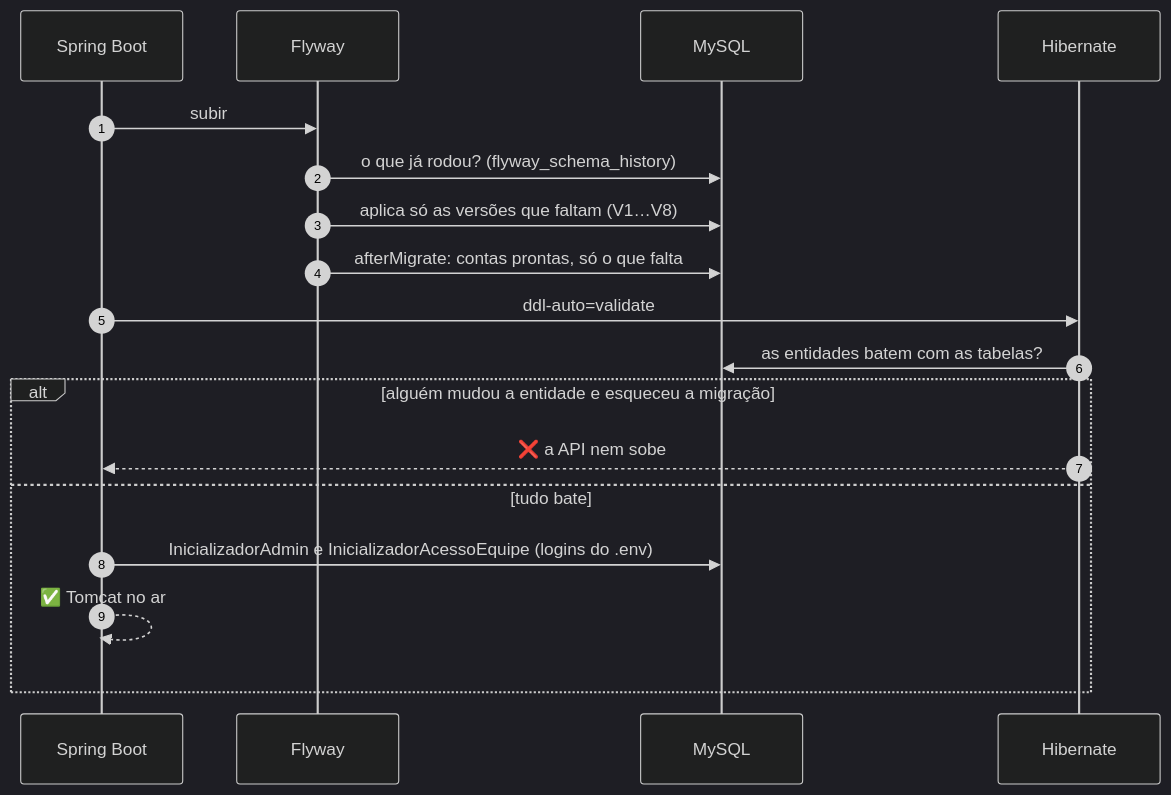
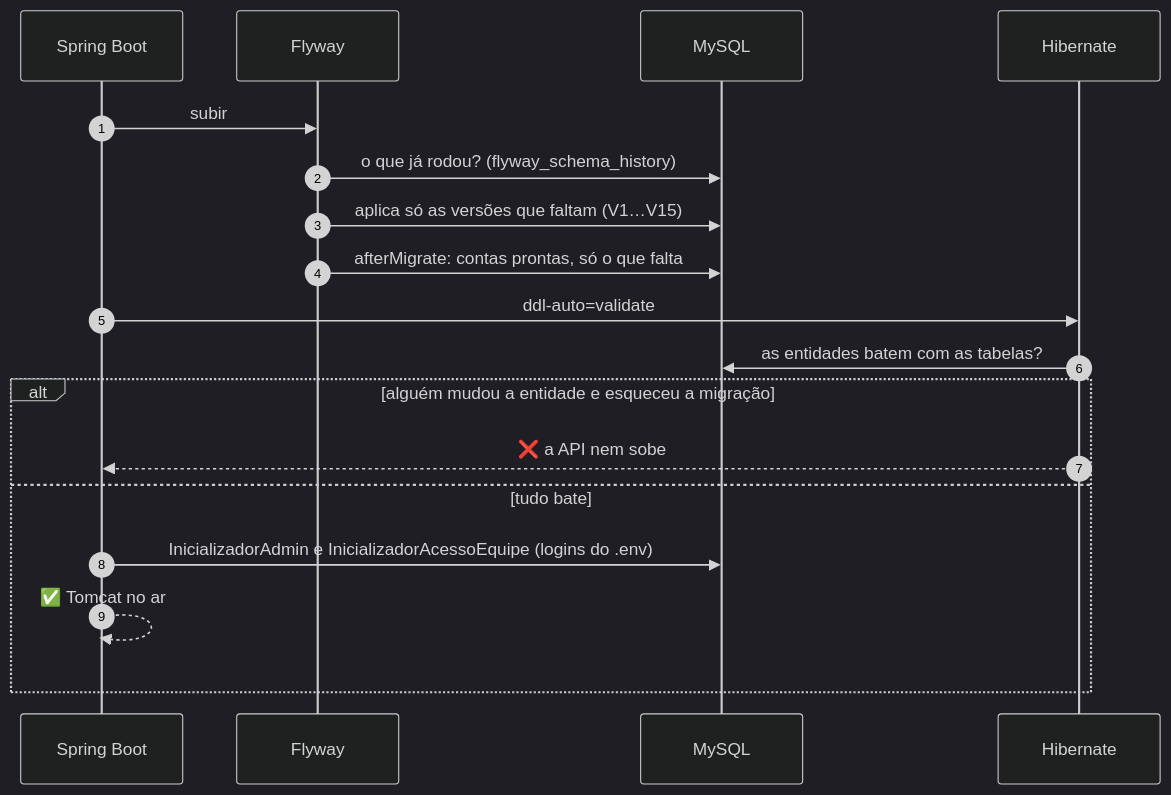
Before and after one commit to k3vinrich4rd/rkf_bank: the ninth of 16 diagrams in README.md, drawn with Mermaid (dark theme). The commit also changed other lines of this file and 3 other files, not shown here.

````diff
--- a/README.md
+++ b/README.md
@@ -923,20 +934,20 @@
 ```mermaid
 sequenceDiagram
     autonumber
     participant API as Spring Boot
     participant F as Flyway
     participant DB as MySQL
     participant H as Hibernate
     API->>F: subir
     F->>DB: o que já rodou? (flyway_schema_history)
-    F->>DB: aplica só as versões que faltam (V1…V8)
+    F->>DB: aplica só as versões que faltam (V1…V15)
     F->>DB: afterMigrate: contas prontas, só o que falta
     API->>H: ddl-auto=validate
     H->>DB: as entidades batem com as tabelas?
     alt alguém mudou a entidade e esqueceu a migração
         H-->>API: ❌ a API nem sobe
     else tudo bate
         API->>DB: InicializadorAdmin e InicializadorAcessoEquipe (logins do .env)
         API-->>API: ✅ Tomcat no ar
     end
 ```
````
